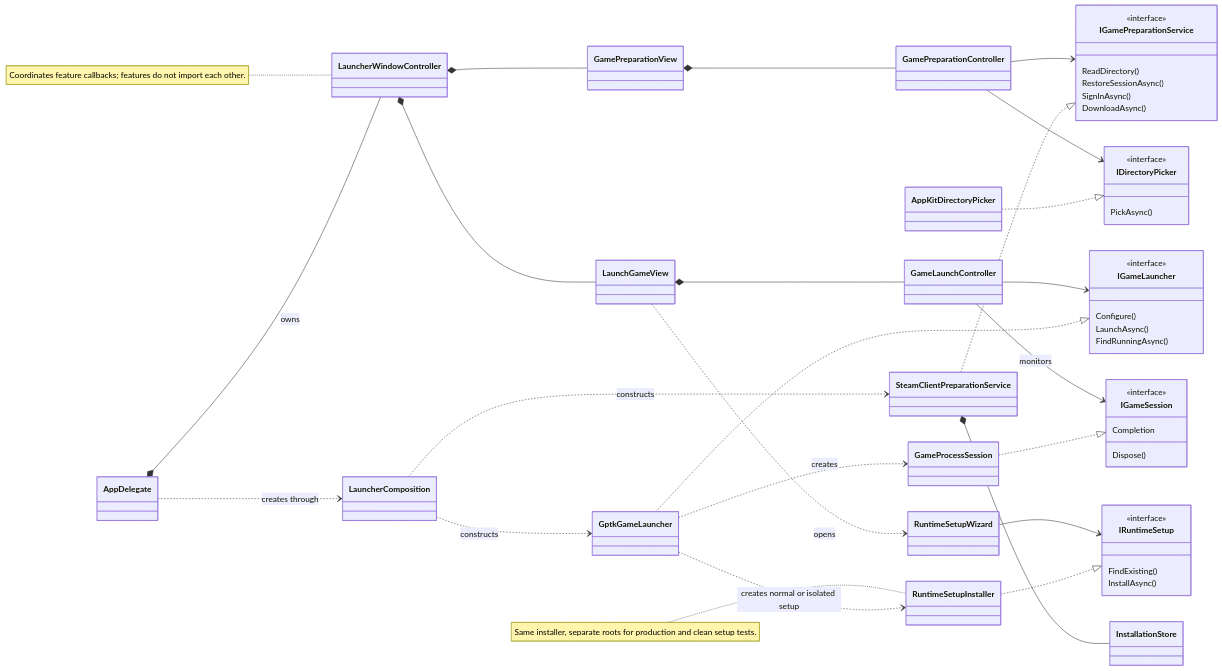
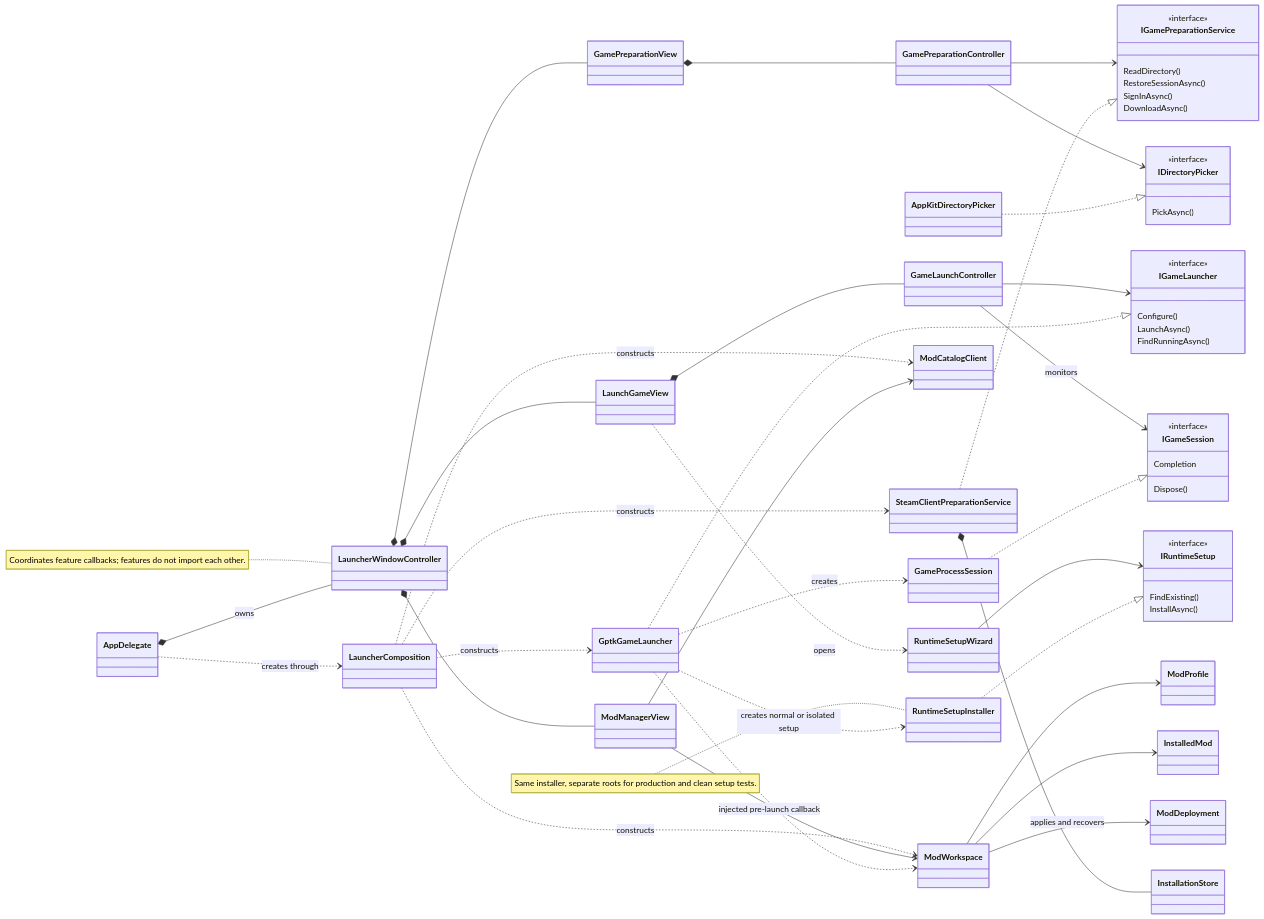
Before and after one commit to F3T1W/DeadLocky: the diagram in README.md, drawn with Mermaid. The commit also changed other lines of this file and 31 other files, not shown here.

Commit message:
feat: Added mod manager func

```diff
--- a/README.md
+++ b/README.md
@@ -67,6 +101,12 @@
         FindRunningAsync()
     }
     class GptkGameLauncher
+    class ModWorkspace
+    class ModCatalogClient
+    class ModManagerView
+    class ModDeployment
+    class ModProfile
+    class InstalledMod
     class IRuntimeSetup {
         <<interface>>
         FindExisting()
@@ -103,6 +143,15 @@
     GameLaunchController --> IGameLauncher
     GameLaunchController --> IGameSession : monitors
     GptkGameLauncher ..|> IGameLauncher
+    LauncherComposition ..> ModWorkspace : constructs
+    LauncherComposition ..> ModCatalogClient : constructs
+    LauncherWindowController *-- ModManagerView
+    ModManagerView --> ModWorkspace
+    ModManagerView --> ModCatalogClient
+    GptkGameLauncher ..> ModWorkspace : injected pre-launch callback
+    ModWorkspace --> ModProfile
+    ModWorkspace --> InstalledMod
+    ModWorkspace --> ModDeployment : applies and recovers
     GptkGameLauncher ..> GameProcessSession : creates
     GptkGameLauncher ..> RuntimeSetupInstaller : creates normal or isolated setup
     GameProcessSession ..|> IGameSession
```
